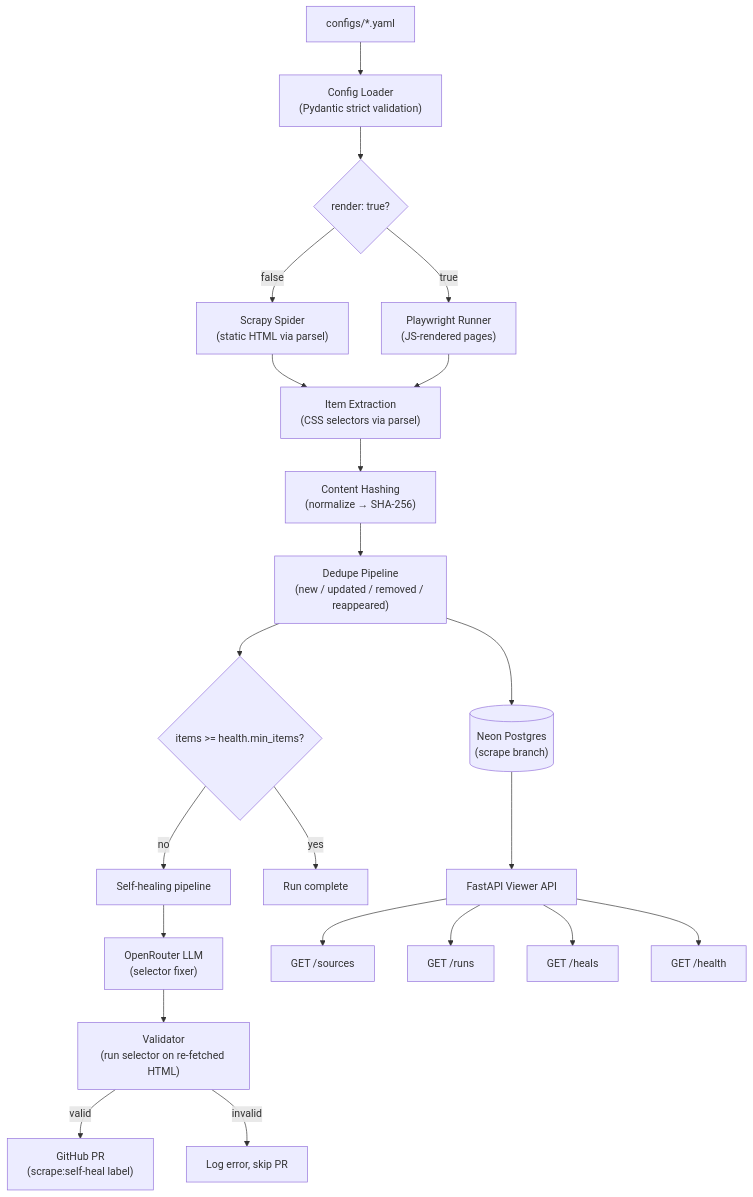
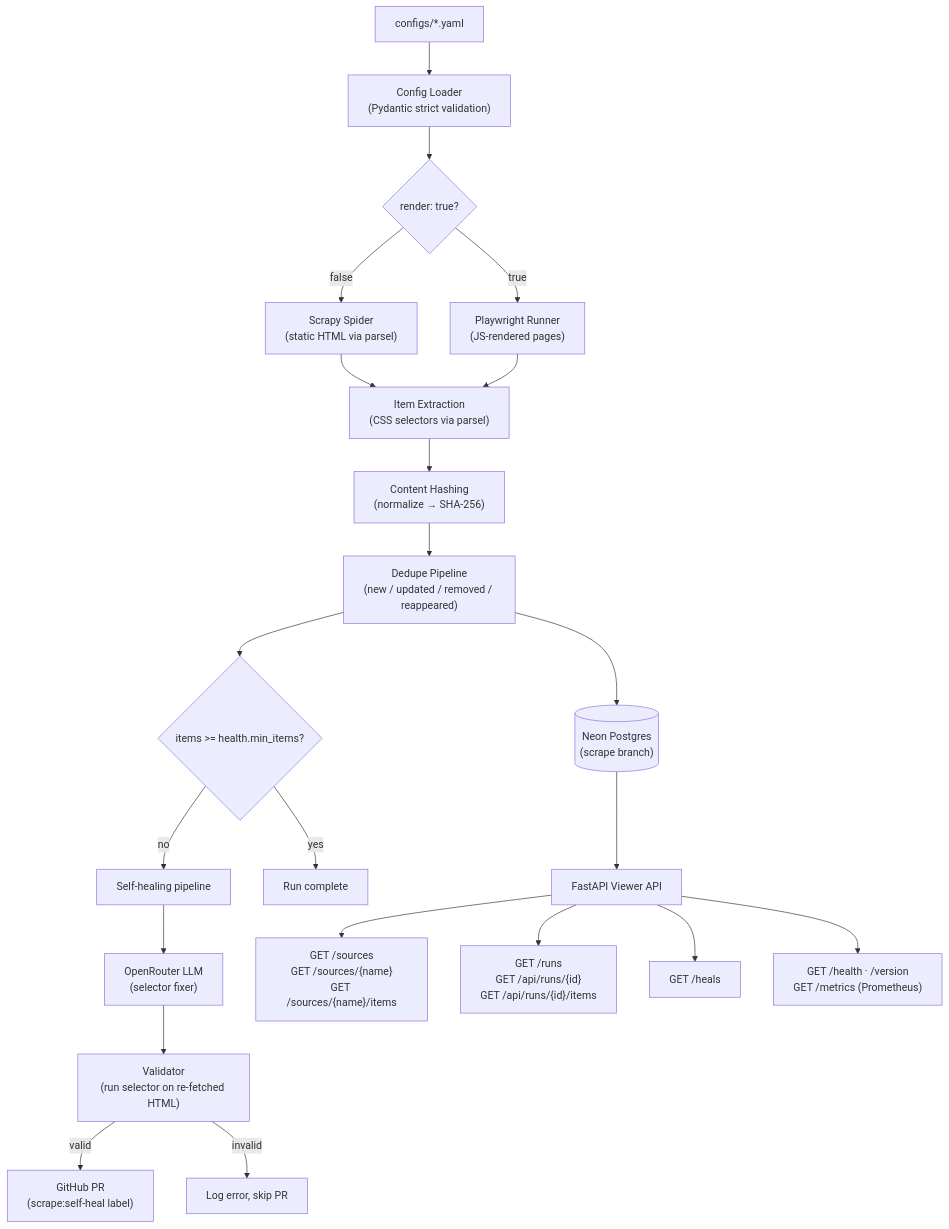
The first of 4 diagrams in docs/ARCHITECTURE.md (Abdul-Muizz1310/magpie-backend), drawn with Mermaid before and after one commit. The commit also changed other lines of this file and 40 other files, not shown here.

````diff
--- a/docs/ARCHITECTURE.md
+++ b/docs/ARCHITECTURE.md
@@ -9,24 +9,24 @@
 ```mermaid
 flowchart TD
     YAML["configs/*.yaml"] --> Loader["Config Loader<br/>(Pydantic strict validation)"]
     Loader --> Factory{"render: true?"}
     Factory -- "false" --> Scrapy["Scrapy Spider<br/>(static HTML via parsel)"]
     Factory -- "true" --> PW["Playwright Runner<br/>(JS-rendered pages)"]
     Scrapy --> Extract["Item Extraction<br/>(CSS selectors via parsel)"]
     PW --> Extract
     Extract --> Hash["Content Hashing<br/>(normalize → SHA-256)"]
     Hash --> Dedupe["Dedupe Pipeline<br/>(new / updated / removed / reappeared)"]
     Dedupe --> DB[("Neon Postgres<br/>(scrape branch)")]
     Dedupe --> Check{"items >= health.min_items?"}
     Check -- "no" --> Healer["Self-healing pipeline"]
     Check -- "yes" --> Done["Run complete"]
     Healer --> LLM["OpenRouter LLM<br/>(selector fixer)"]
     LLM --> Validate["Validator<br/>(run selector on re-fetched HTML)"]
     Validate -- "valid" --> PR["GitHub PR<br/>(scrape:self-heal label)"]
     Validate -- "invalid" --> Log["Log error, skip PR"]
     DB --> API["FastAPI Viewer API"]
-    API --> Sources["GET /sources"]
-    API --> Runs["GET /runs"]
+    API --> Sources["GET /sources<br/>GET /sources/{name}<br/>GET /sources/{name}/items"]
+    API --> Runs["GET /runs<br/>GET /api/runs/{id}<br/>GET /api/runs/{id}/items"]
     API --> Heals["GET /heals"]
-    API --> Health["GET /health"]
+    API --> Health["GET /health · /version<br/>GET /metrics (Prometheus)"]
 ```
````
